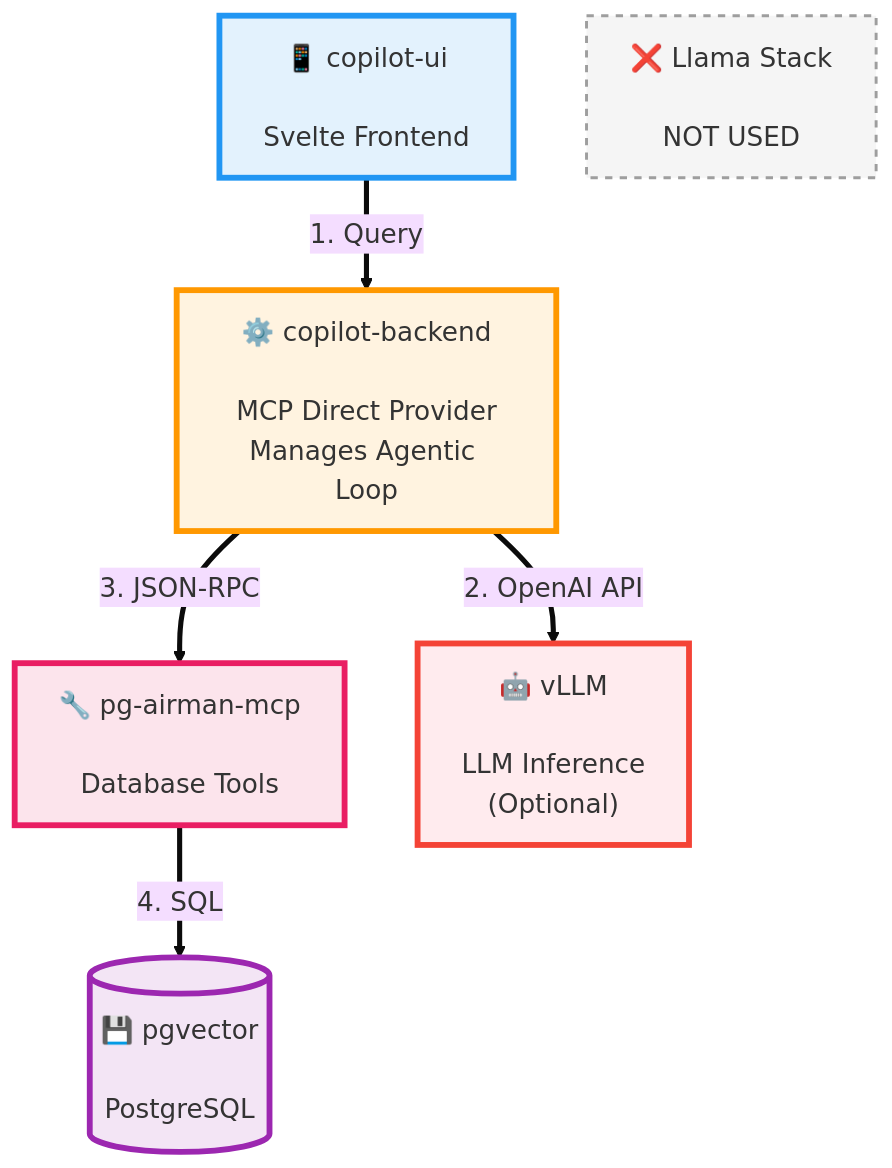
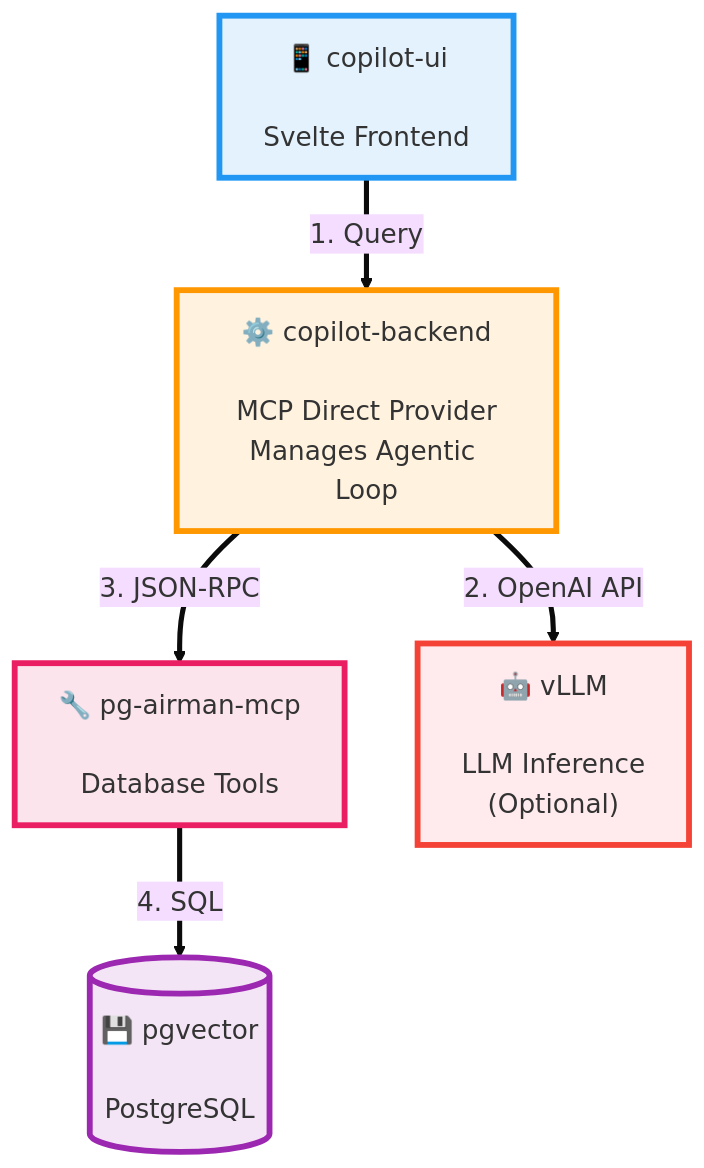
Before and after one commit to rh-ai-quickstart/data-governance-co-pilot: the seventh of 9 diagrams in docs/ARCHITECTURE.md, drawn with Mermaid. The commit also changed other lines of this file and 33 other files, not shown here.

Commit message:
Remove MinIO; pin pg-airman-mcp to v1.0.0; make cluster builds reproducible; configurable GPU tolerations; drop Llama Stack from docs

````diff
--- a/docs/ARCHITECTURE.md
+++ b/docs/ARCHITECTURE.md
@@ -205,27 +169,24 @@
 ```mermaid
 %%{init: {'theme': 'base', 'themeVariables': { 'fontSize': '18px'}}}%%
 graph TB
     UI["📱 copilot-ui<br/><br/>Svelte Frontend"]
     
     BE["⚙️ copilot-backend<br/><br/>MCP Direct Provider<br/>Manages Agentic Loop"]
     
     MCP["🔧 pg-airman-mcp<br/><br/>Database Tools"]
     
     LLM["🤖 vLLM<br/><br/>LLM Inference<br/>(Optional)"]
     
     DB[("💾 pgvector<br/><br/>PostgreSQL")]
     
-    INACTIVE["❌ Llama Stack<br/><br/>NOT USED"]
-    
     UI ==>|"1. Query"| BE
     BE ==>|"2. OpenAI API"| LLM
     BE ==>|"3. JSON-RPC"| MCP
     MCP ==>|"4. SQL"| DB
     
     style UI fill:#E3F2FD,stroke:#2196F3,stroke-width:4px
     style BE fill:#FFF3E0,stroke:#FF9800,stroke-width:4px
     style MCP fill:#FCE4EC,stroke:#E91E63,stroke-width:4px
     style LLM fill:#FFEBEE,stroke:#F44336,stroke-width:4px
     style DB fill:#F3E5F5,stroke:#9C27B0,stroke-width:4px
-    style INACTIVE fill:#F5F5F5,stroke:#9E9E9E,stroke-width:2px,stroke-dasharray: 5 5
 ```
````
